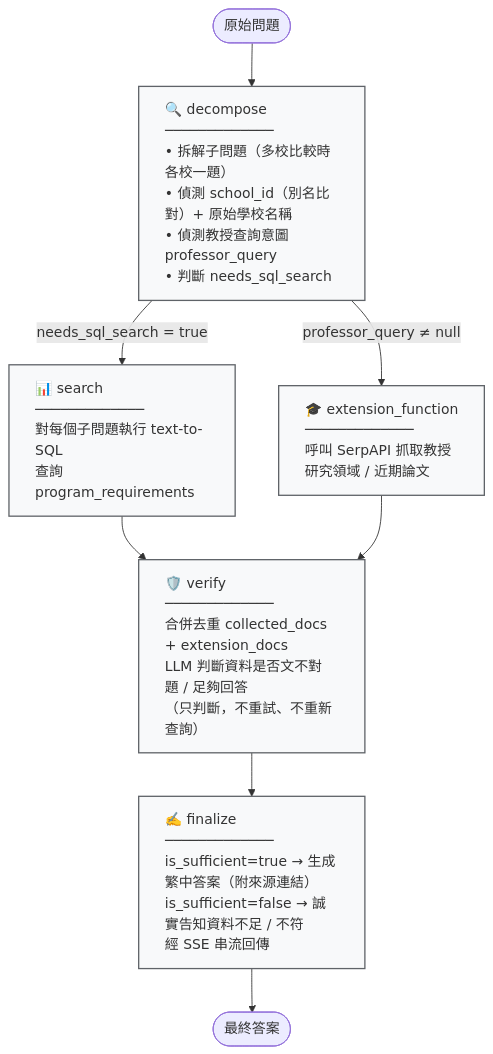
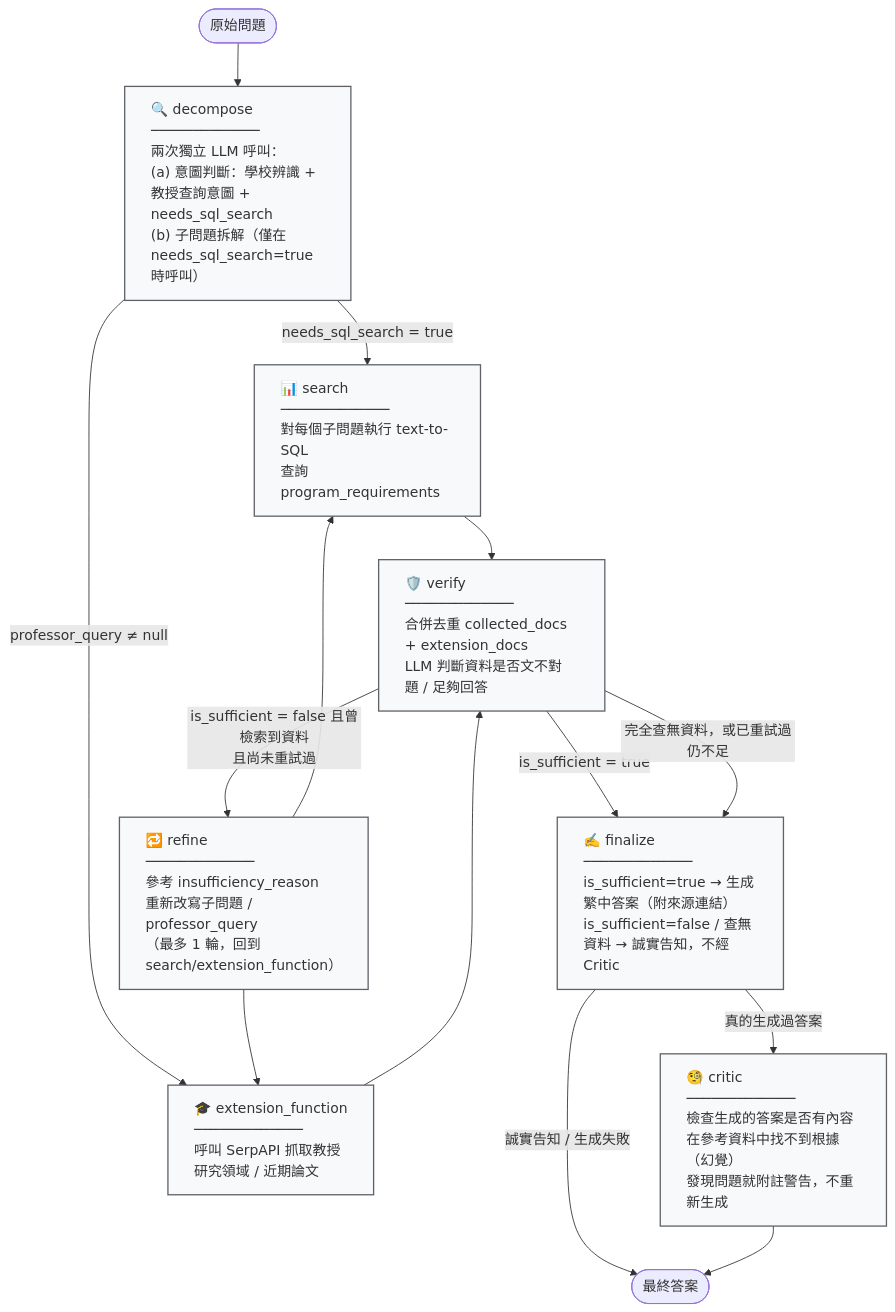
The second of 2 diagrams in README.md (iamhenryhuang/AI-Study-Abroad-Consultant), drawn with Mermaid before and after one commit. The commit also changed other lines of this file and 1 other file, not shown here.

Commit message:
docs: update architecture diagram for refiner/critic nodes

````diff
--- a/README.md
+++ b/README.md
@@ -50,26 +50,38 @@
 ```mermaid
 flowchart TD
     Start(["原始問題"]) --> D
 
-    D["🔍 decompose<br/>─────────────<br/>• 拆解子問題（多校比較時各校一題）<br/>• 偵測 school_id（別名比對）+ 原始學校名稱<br/>• 偵測教授查詢意圖 professor_query<br/>• 判斷 needs_sql_search"]
+    D["🔍 decompose<br/>─────────────<br/>兩次獨立 LLM 呼叫：<br/>(a) 意圖判斷：學校辨識 + 教授查詢意圖 + needs_sql_search<br/>(b) 子問題拆解（僅在 needs_sql_search=true 時呼叫）"]
 
     D -->|"needs_sql_search = true"| S
     D -->|"professor_query ≠ null"| E
 
     S["📊 search<br/>─────────────<br/>對每個子問題執行 text-to-SQL<br/>查詢 program_requirements"]
     E["🎓 extension_function<br/>─────────────<br/>呼叫 SerpAPI 抓取教授<br/>研究領域 / 近期論文"]
 
     S --> V
     E --> V
 
-    V["🛡️ verify<br/>─────────────<br/>合併去重 collected_docs + extension_docs<br/>LLM 判斷資料是否文不對題 / 足夠回答<br/>（只判斷，不重試、不重新查詢）"]
+    V["🛡️ verify<br/>─────────────<br/>合併去重 collected_docs + extension_docs<br/>LLM 判斷資料是否文不對題 / 足夠回答"]
 
-    V --> F
+    V -->|"is_sufficient = true"| F
+    V -->|"is_sufficient = false 且曾檢索到資料<br/>且尚未重試過"| R
+    V -->|"完全查無資料，或已重試過仍不足"| F
 
-    F["✍️ finalize<br/>─────────────<br/>is_sufficient=true → 生成繁中答案（附來源連結）<br/>is_sufficient=false → 誠實告知資料不足 / 不符<br/>經 SSE 串流回傳"]
+    R["🔁 refine<br/>─────────────<br/>參考 insufficiency_reason<br/>重新改寫子問題 / professor_query<br/>（最多 1 輪，回到 search/extension_function）"]
 
-    F --> End(["最終答案"])
+    R --> S
+    R --> E
+
+    F["✍️ finalize<br/>─────────────<br/>is_sufficient=true → 生成繁中答案（附來源連結）<br/>is_sufficient=false / 查無資料 → 誠實告知，不經 Critic"]
+
+    F -->|"真的生成過答案"| C
+    F -->|"誠實告知 / 生成失敗"| End(["最終答案"])
+
+    C["🧐 critic<br/>─────────────<br/>檢查生成的答案是否有內容<br/>在參考資料中找不到根據（幻覺）<br/>發現問題就附註警告，不重新生成"]
+
+    C --> End
 
     classDef nodeStyle fill:#f8f9fa,stroke:#5f6368,stroke-width:1.5px,text-align:left
-    class D,S,E,V,F nodeStyle
+    class D,S,E,V,R,F,C nodeStyle
 ```
````
